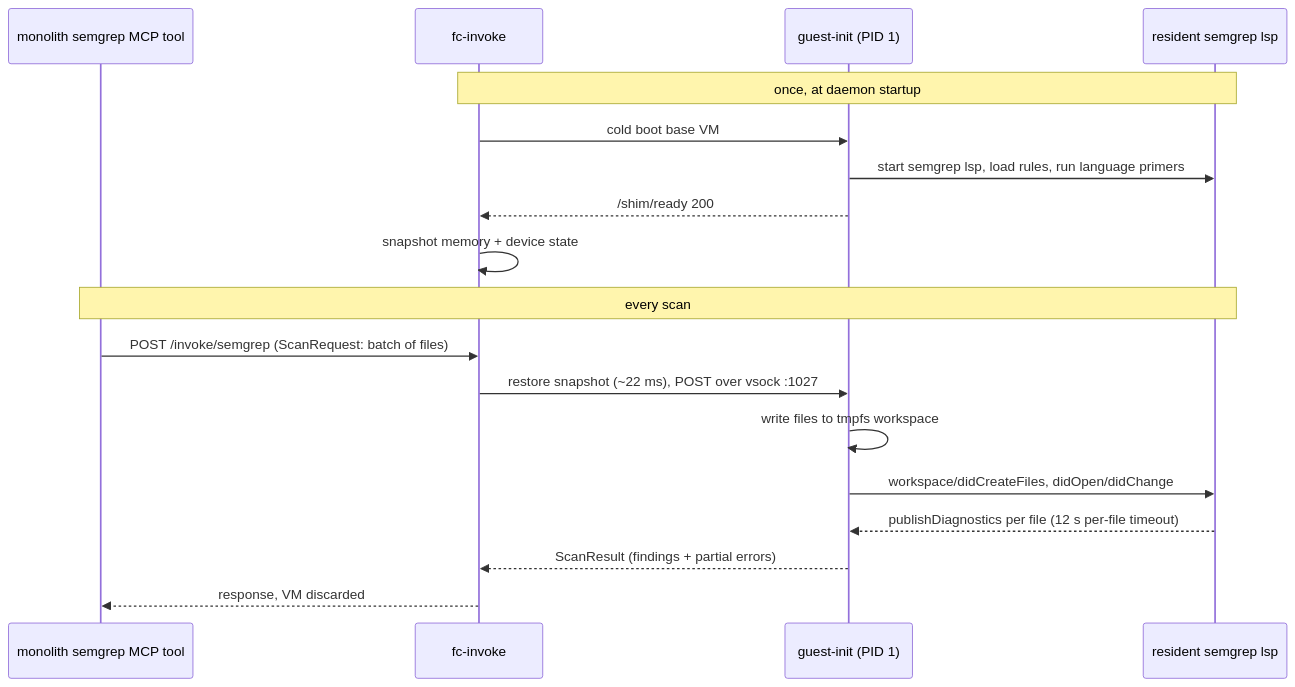
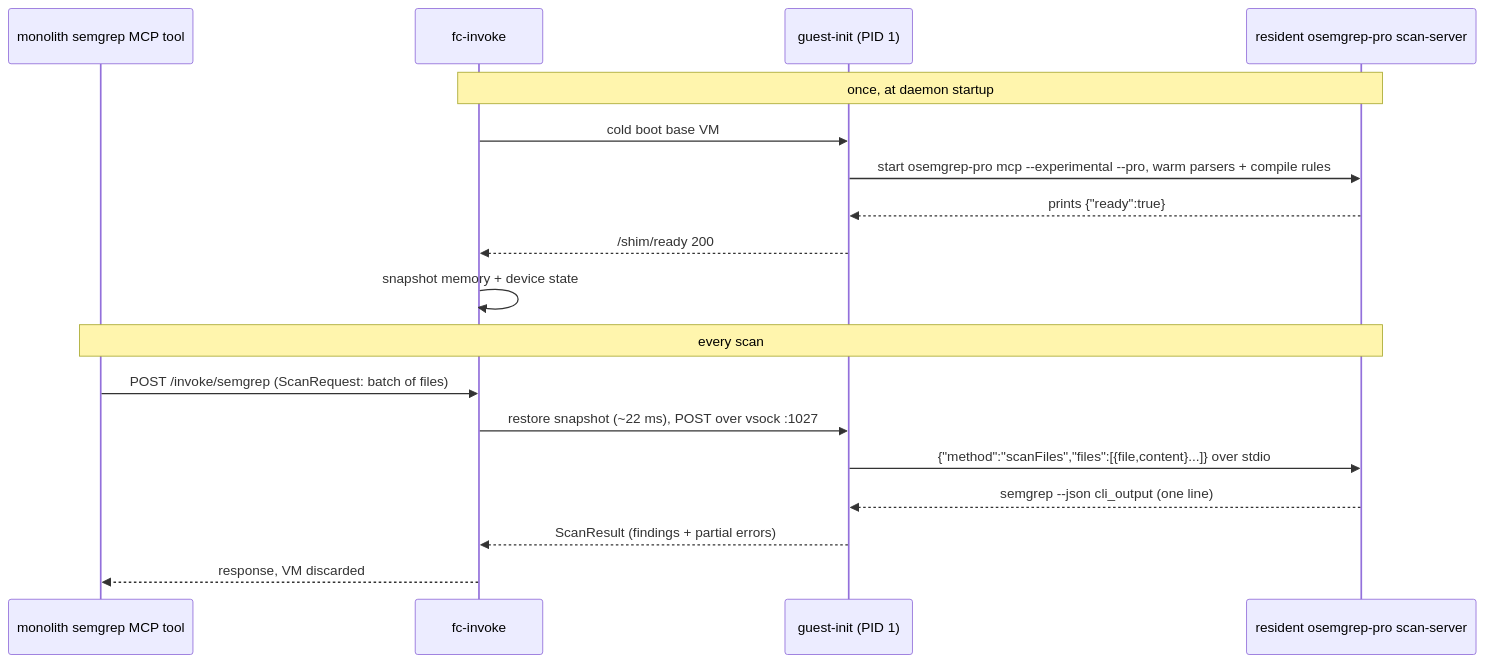
Before and after one commit to jomcgi-org/homelab: the diagram in projects/firecracker/semgrep/README.md, drawn with Mermaid. The commit also changed other lines of this file and 19 other files, not shown here.

````diff
--- a/projects/firecracker/semgrep/README.md
+++ b/projects/firecracker/semgrep/README.md
@@ -31,22 +32,22 @@
 ```mermaid
 sequenceDiagram
     participant M as monolith semgrep MCP tool
     participant D as fc-invoke
     participant I as guest-init (PID 1)
-    participant L as resident semgrep lsp
+    participant S as resident osemgrep-pro scan-server
 
-    Note over D,L: once, at daemon startup
+    Note over D,S: once, at daemon startup
     D->>I: cold boot base VM
-    I->>L: start semgrep lsp, load rules, run language primers
+    I->>S: start osemgrep-pro mcp --experimental --pro, warm parsers + compile rules
+    S-->>I: prints {"ready":true}
     I-->>D: /shim/ready 200
     D->>D: snapshot memory + device state
 
-    Note over M,L: every scan
+    Note over M,S: every scan
     M->>D: POST /invoke/semgrep (ScanRequest: batch of files)
     D->>I: restore snapshot (~22 ms), POST over vsock :1027
-    I->>I: write files to tmpfs workspace
-    I->>L: workspace/didCreateFiles, didOpen/didChange
-    L-->>I: publishDiagnostics per file (12 s per-file timeout)
+    I->>S: {"method":"scanFiles","files":[{file,content}...]} over stdio
+    S-->>I: semgrep --json cli_output (one line)
     I-->>D: ScanResult (findings + partial errors)
     D-->>M: response, VM discarded
 ```
````
